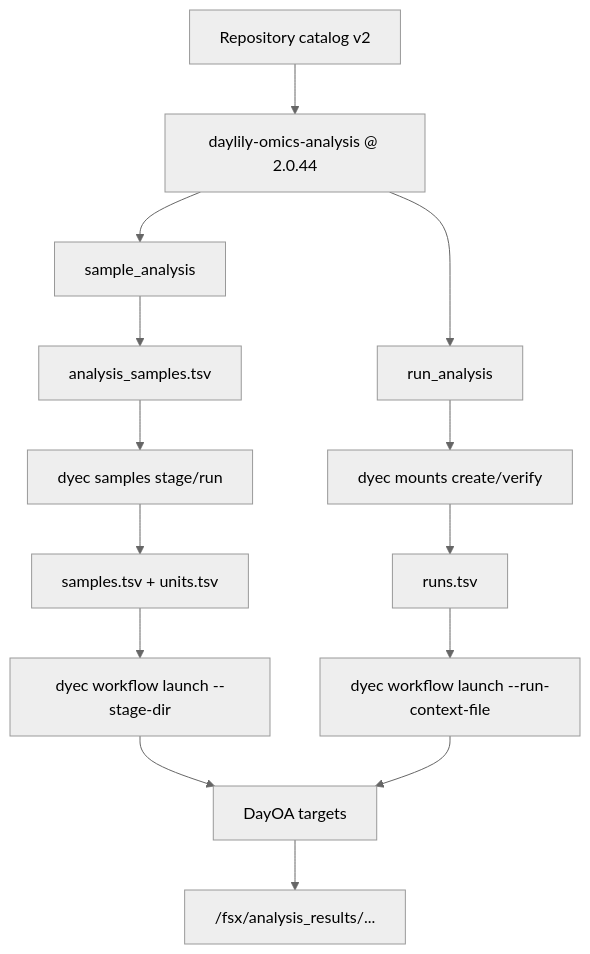
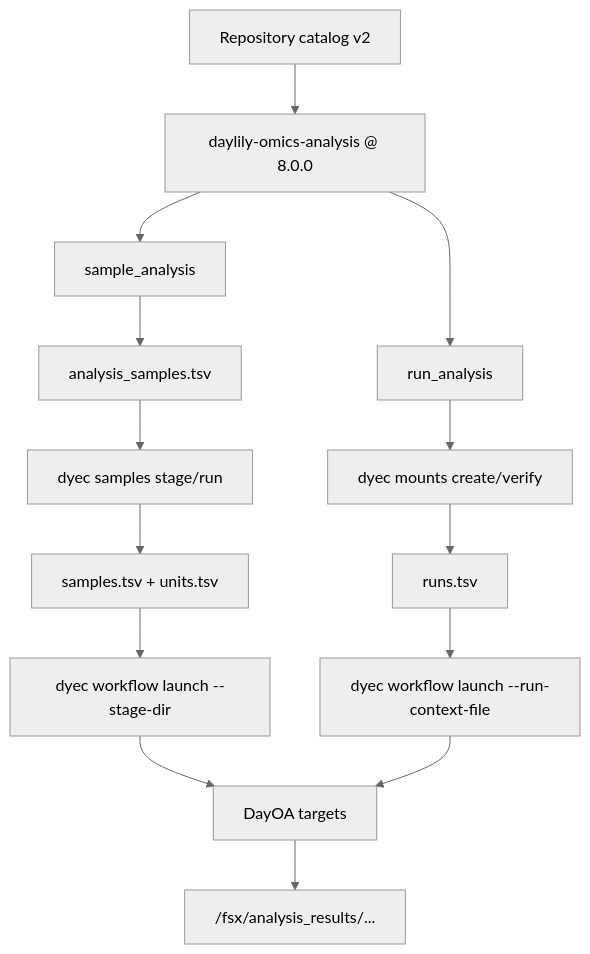
One commit to Daylily-Informatics/daylily-ephemeral-cluster changed the third of 3 diagrams in docs/dra_fsx_strategy.md. Above: the diagram before and after it, drawn with Mermaid (neutral theme). The commit also changed other lines of this file and 31 other files, not shown here.

````diff
--- a/docs/dra_fsx_strategy.md
+++ b/docs/dra_fsx_strategy.md
@@ -102,19 +102,19 @@
 ```mermaid
 flowchart TB
-  Catalog["Repository catalog v2"] --> Repo["daylily-omics-analysis @ 2.0.44"]
+  Catalog["Repository catalog v2"] --> Repo["daylily-omics-analysis @ 8.0.0"]
   Repo --> Sample["sample_analysis"]
   Repo --> Run["run_analysis"]
 
   Sample --> Manifest["analysis_samples.tsv"]
   Manifest --> Stage["dyec samples stage/run"]
   Stage --> TSV["samples.tsv + units.tsv"]
   TSV --> LaunchA["dyec workflow launch --stage-dir"]
 
   Run --> Mount["dyec mounts create/verify"]
   Mount --> Runs["runs.tsv"]
   Runs --> LaunchB["dyec workflow launch --run-context-file"]
 
   LaunchA --> DayOA["DayOA targets"]
   LaunchB --> DayOA
   DayOA --> Results["/fsx/analysis_results/..."]
 ```
````
